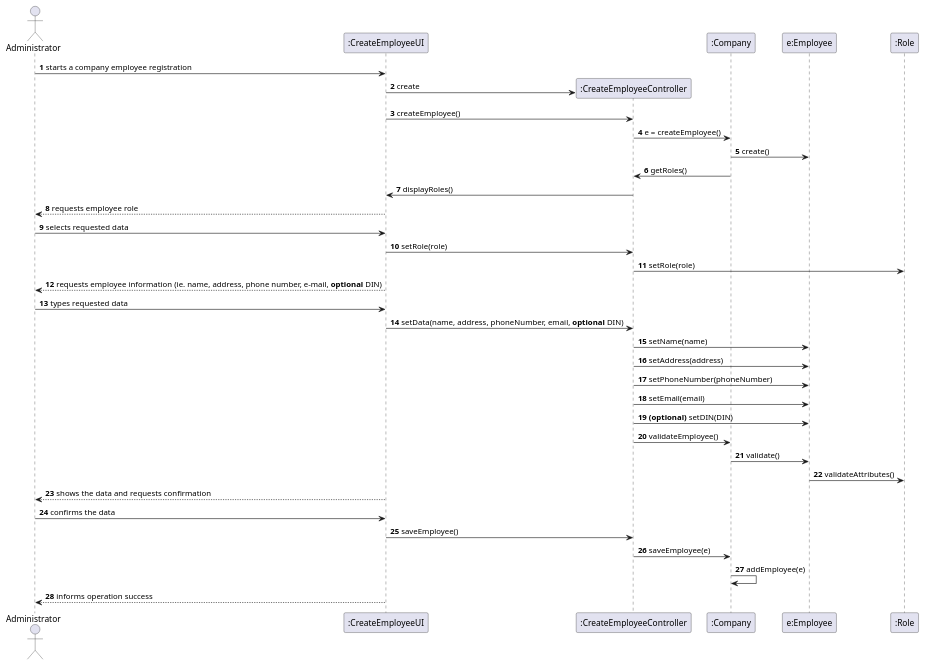
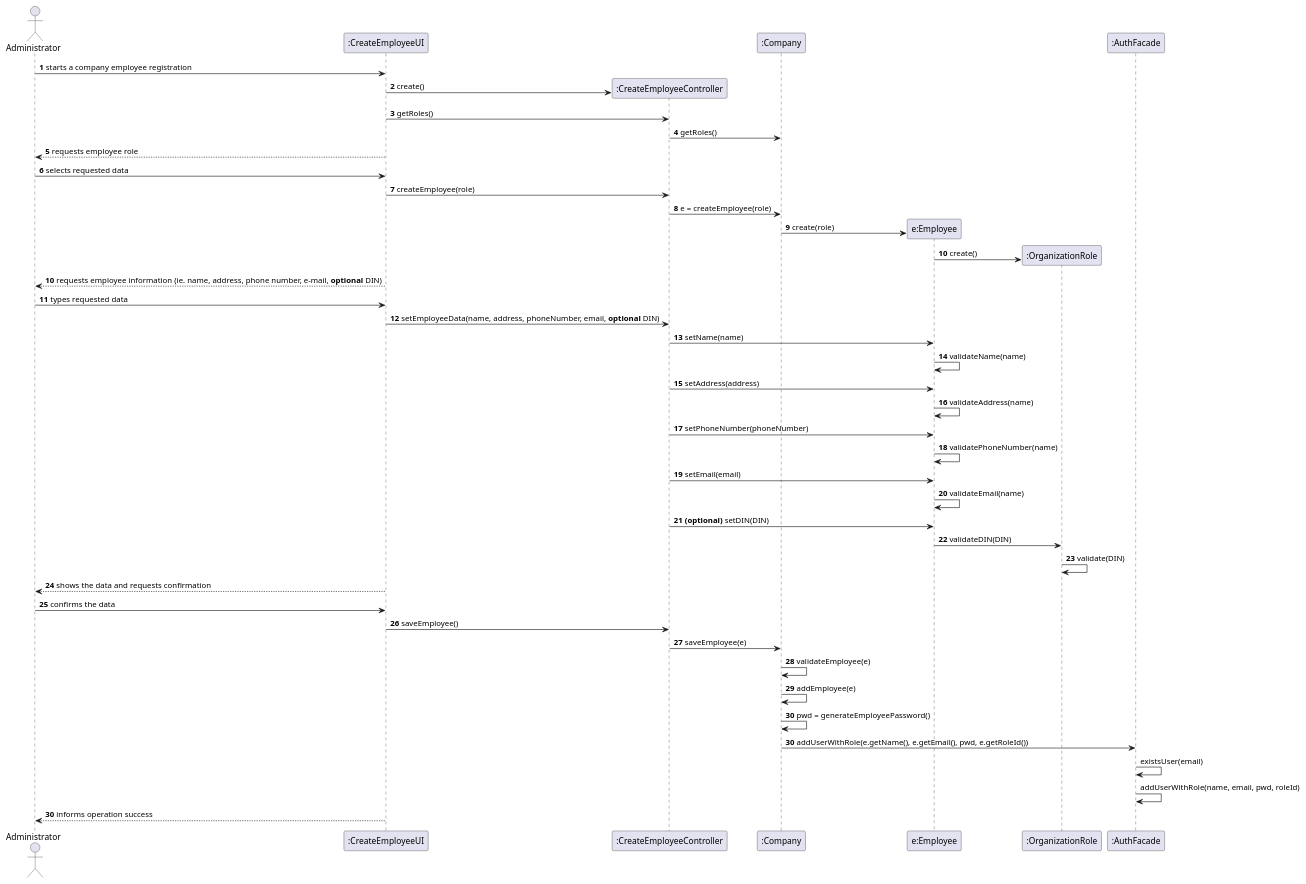
One commit to MadDinosaur/ISEP-LAPR2 changed the diagram in docs/SprintB/US7/US7_SD.puml. Above: the diagram before and after it, drawn with PlantUML. The commit also changed 4 other files, not shown here.

Commit message:
Created US7 class diagram and adjusted remaining artifacts.

```diff
--- a/docs/SprintB/US7/US7_SD.puml
+++ b/docs/SprintB/US7/US7_SD.puml
@@ -1,40 +1,50 @@
 @startuml
 actor Administrator as admin
 participant ":CreateEmployeeUI" as ui
 participant ":CreateEmployeeController" as controller
 participant ":Company" as company
 participant "e:Employee" as employee
-participant ":Role" as role
+participant ":OrganizationRole" as role
+participant ":AuthFacade" as auth
 
 admin -> ui : **1** starts a company employee registration
 create controller
-ui -> controller : **2** create
-ui -> controller : **3** createEmployee()
-controller -> company : **4** e = createEmployee()
-company -> employee : **5** create()
-company -> controller : **6** getRoles()
-controller -> ui : **7** displayRoles()
-ui --> admin : **8** requests employee role
-admin -> ui : **9** selects requested data
-ui -> controller : **10** setRole(role)
-controller -> role : **11** setRole(role)
-ui --> admin : **12** requests employee information (ie. name, address, phone number, e-mail, **optional** DIN)
-admin -> ui : **13** types requested data
-ui -> controller : **14** setData(name, address, phoneNumber, email, **optional** DIN)
-controller -> employee : **15** setName(name)
-controller -> employee : **16** setAddress(address)
+ui -> controller : **2** create()
+ui -> controller : **3** getRoles()
+controller -> company : **4** getRoles()
+ui --> admin : **5** requests employee role
+admin -> ui : **6** selects requested data
+ui -> controller : **7** createEmployee(role)
+controller -> company : **8** e = createEmployee(role)
+create employee
+company -> employee : **9** create(role)
+create role
+employee -> role : **10** create()
+ui --> admin : **10** requests employee information (ie. name, address, phone number, e-mail, **optional** DIN)
+admin -> ui : **11** types requested data
+ui -> controller : **12** setEmployeeData(name, address, phoneNumber, email, **optional** DIN)
+controller -> employee : **13** setName(name)
+employee -> employee : **14** validateName(name)
+controller -> employee : **15** setAddress(address)
+employee -> employee : **16** validateAddress(name)
 controller -> employee : **17** setPhoneNumber(phoneNumber)
-controller -> employee : **18** setEmail(email)
-controller -> employee : **19 (optional)** setDIN(DIN)
-controller -> company : **20** validateEmployee()
-company -> employee : **21** validate()
-employee -> role: **22** validateAttributes()
-ui --> admin : **23** shows the data and requests confirmation
-admin -> ui : **24** confirms the data
-ui -> controller : **25** saveEmployee()
-controller -> company : **26** saveEmployee(e)
-company -> company : **27** addEmployee(e)
-ui --> admin : **28** informs operation success
+employee -> employee : **18** validatePhoneNumber(name)
+controller -> employee : **19** setEmail(email)
+employee -> employee : **20** validateEmail(name)
+controller -> employee : **21 (optional)** setDIN(DIN)
+employee -> role : **22** validateDIN(DIN)
+role -> role : **23** validate(DIN)
+ui --> admin : **24** shows the data and requests confirmation
+admin -> ui : **25** confirms the data
+ui -> controller : **26** saveEmployee()
+controller -> company : **27** saveEmployee(e)
+company -> company : **28** validateEmployee(e)
+company -> company : **29** addEmployee(e)
+company -> company : **30** pwd = generateEmployeePassword()
+company -> auth : **30** addUserWithRole(e.getName(), e.getEmail(), pwd, e.getRoleId())
+auth -> auth : existsUser(email)
+auth -> auth : addUserWithRole(name, email, pwd, roleId)
+ui --> admin : **30** informs operation success
 
 
 @enduml
```
